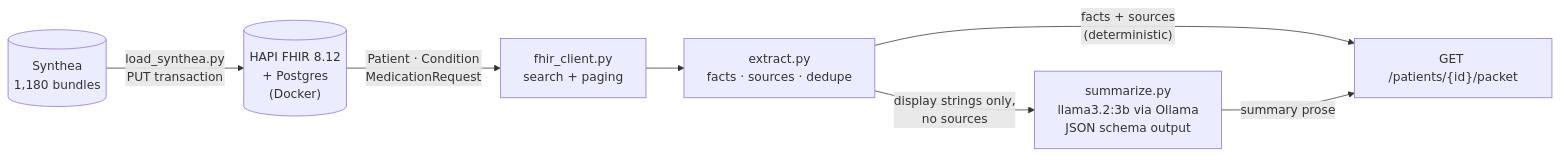
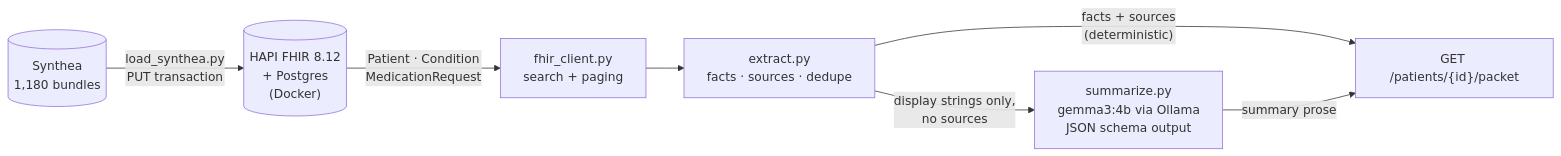
The diagram in fhir-clinical-summarize/README.md (nromerosoftwareengineer/fhir-clinical-summarize), drawn with Mermaid before and after one commit. The commit also changed other lines of this file and 8 other files, not shown here.

Commit message:
moved from ollama to gemma3

````diff
--- a/fhir-clinical-summarize/README.md
+++ b/fhir-clinical-summarize/README.md
@@ -25,16 +25,16 @@
 ```mermaid
 flowchart LR
     S[("Synthea<br/>1,180 bundles")]
     H[("HAPI FHIR 8.12<br/>+ Postgres<br/>(Docker)")]
     C["fhir_client.py<br/>search + paging"]
     E["extract.py<br/>facts · sources · dedupe"]
-    L["summarize.py<br/>llama3.2:3b via Ollama<br/>JSON schema output"]
+    L["summarize.py<br/>gemma3:4b via Ollama<br/>JSON schema output"]
     P["GET /patients/{id}/packet"]
 
     S -->|"load_synthea.py<br/>PUT transaction"| H
     H -->|"Patient · Condition<br/>MedicationRequest"| C
     C --> E
     E -->|"facts + sources<br/>(deterministic)"| P
     E -->|"display strings only,<br/>no sources"| L
     L -->|"summary prose"| P
 ```
````
